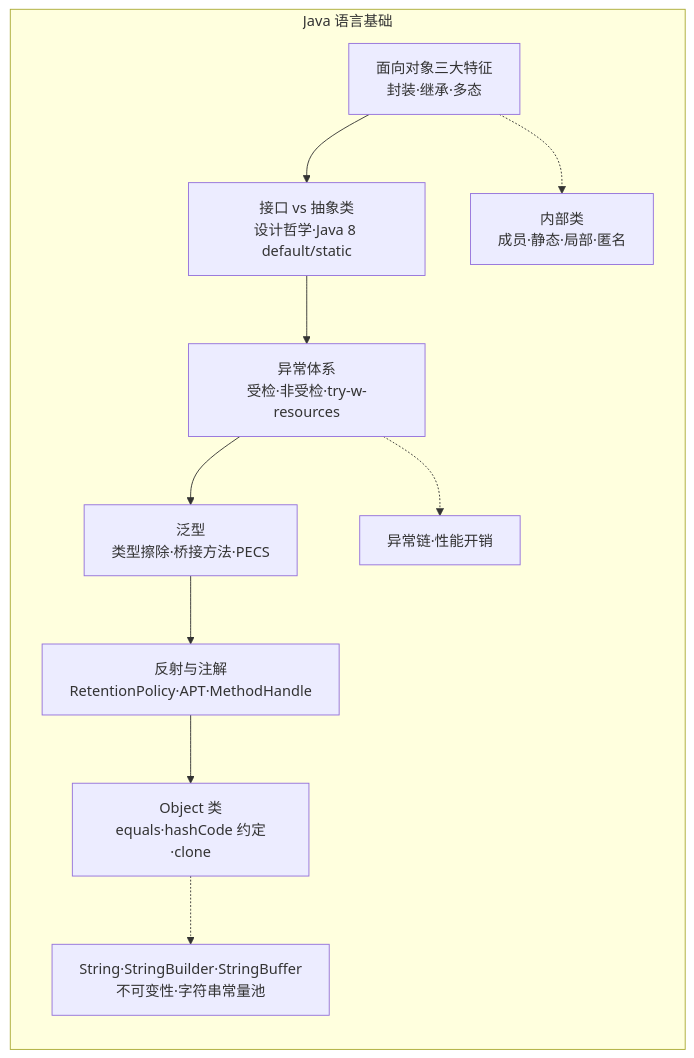
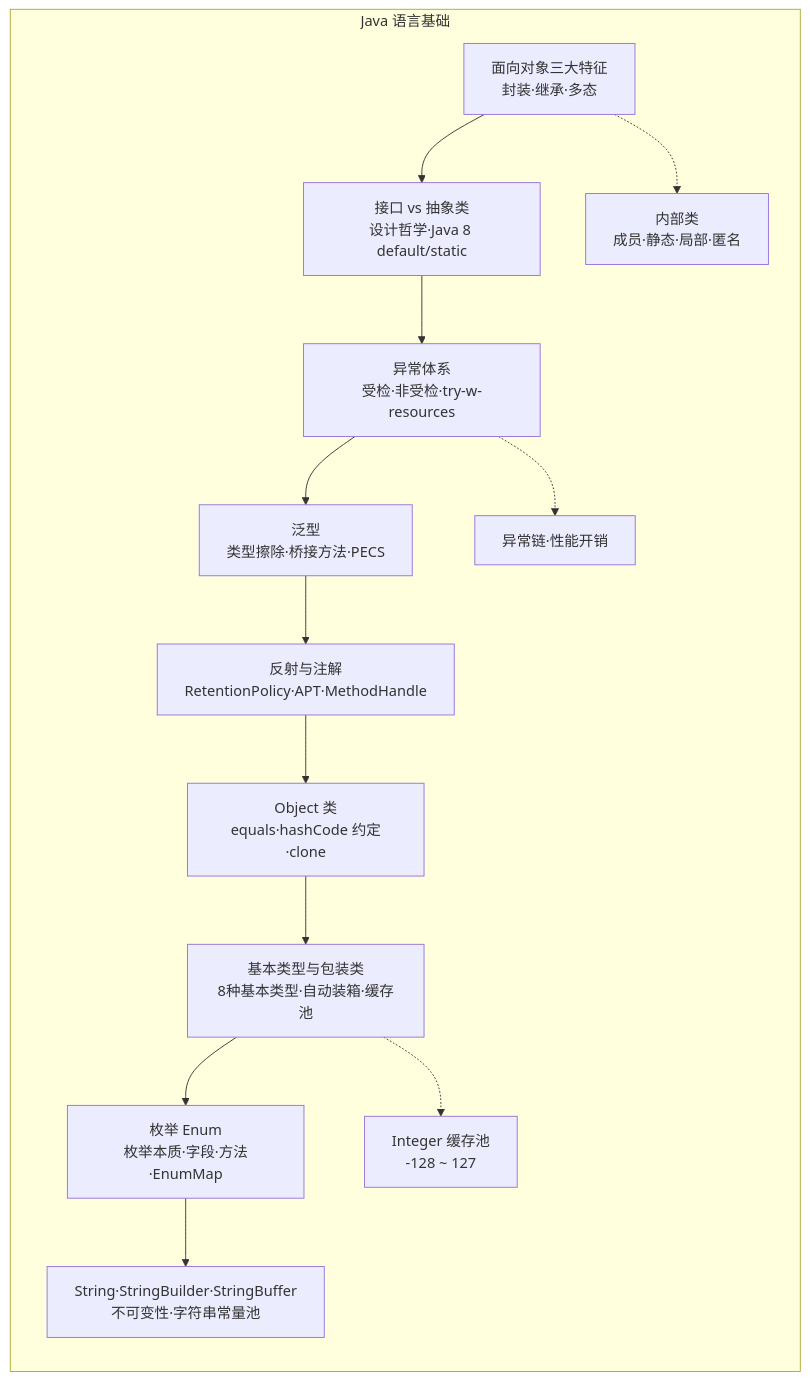
Before and after one commit to SongerJia/road-java: the diagram in 01-JavaBasic/11.md, drawn with Mermaid. The commit also changed 6 other files, not shown here.

````diff
--- a/01-JavaBasic/11.md
+++ b/01-JavaBasic/11.md
@@ -1,14 +1,17 @@
 ```mermaid
 flowchart TB
     subgraph 基础核心["Java 语言基础"]
         direction TB
         A1["面向对象三大特征<br/>封装·继承·多态"] --> A2["接口 vs 抽象类<br/>设计哲学·Java 8 default/static"]
         A2 --> A3["异常体系<br/>受检·非受检·try-w-resources"]
         A3 --> A4["泛型<br/>类型擦除·桥接方法·PECS"]
         A4 --> A5["反射与注解<br/>RetentionPolicy·APT·MethodHandle"]
         A5 --> A6["Object 类<br/>equals·hashCode 约定·clone"]
-        A1 -.-> A7["内部类<br/>成员·静态·局部·匿名"]
-        A3 -.-> A8["异常链·性能开销"]
-        A6 -.-> A9["String·StringBuilder·StringBuffer<br/>不可变性·字符串常量池"]
+        A6 --> A7["基本类型与包装类<br/>8种基本类型·自动装箱·缓存池"]
+        A7 --> A8["枚举 Enum<br/>枚举本质·字段·方法·EnumMap"]
+        A8 --> A9["String·StringBuilder·StringBuffer<br/>不可变性·字符串常量池"]
+        A1 -.-> A10["内部类<br/>成员·静态·局部·匿名"]
+        A3 -.-> A11["异常链·性能开销"]
+        A7 -.-> A12["Integer 缓存池<br/>-128 ~ 127"]
     end
 ```
````
